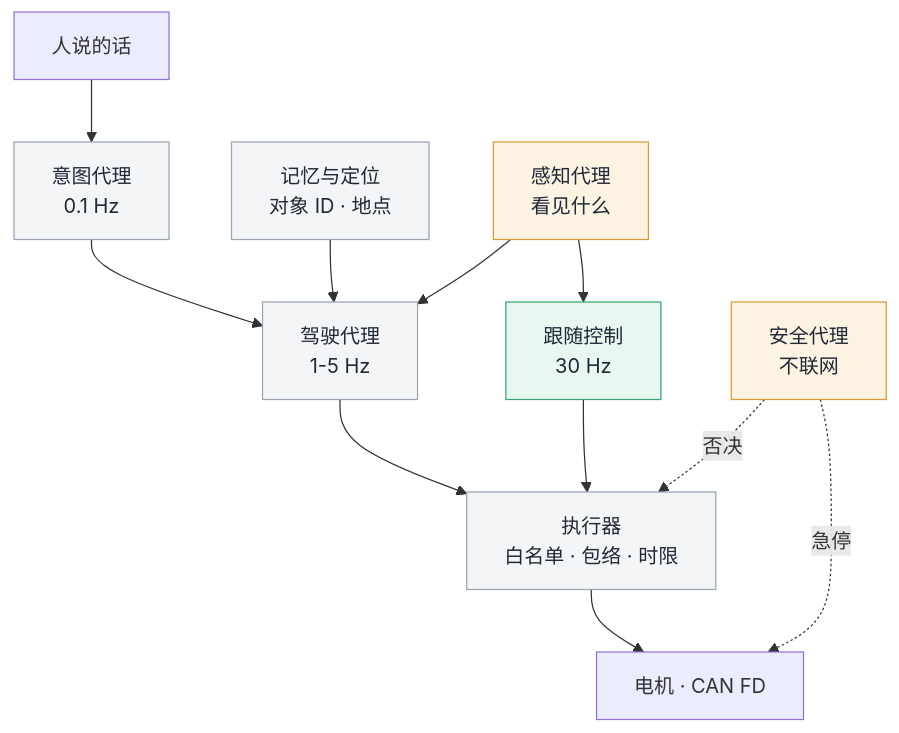
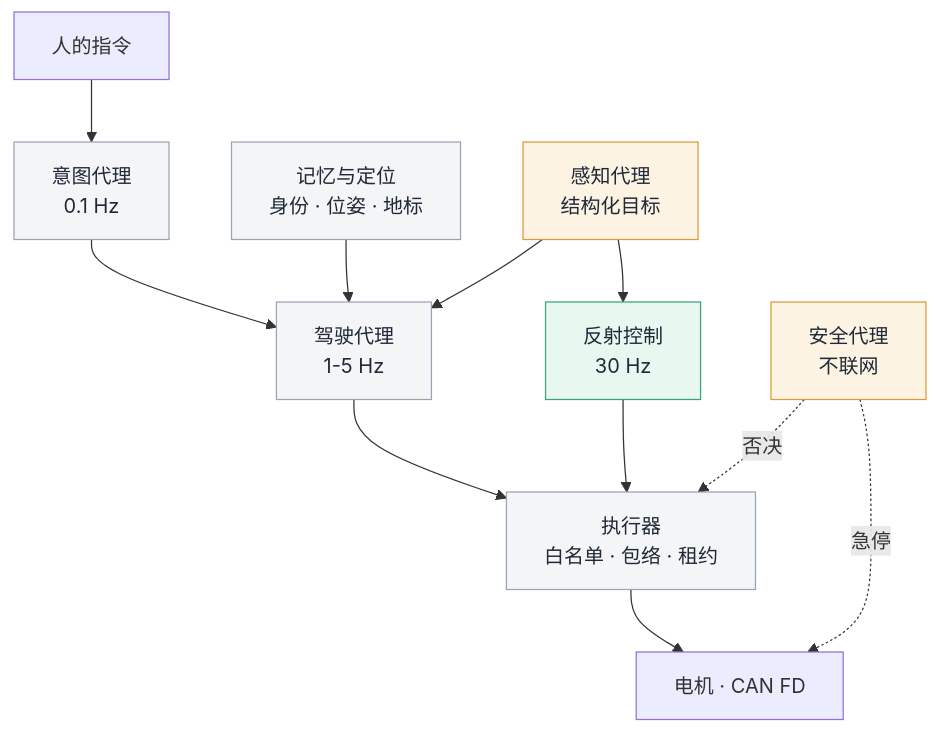
The second of 3 diagrams in README.md (qianruo-orange/autonomous-driving-car), drawn with Mermaid before and after one commit. The commit also changed other lines of this file, not shown here.

````diff
--- a/README.md
+++ b/README.md
@@ -138,20 +288,20 @@
 ```mermaid
 flowchart TB
-    H["人说的话"] --> IN["意图代理<br/>0.1 Hz"]
+    H["人的指令"] --> IN["意图代理<br/>0.1 Hz"]
     IN --> PL["驾驶代理<br/>1-5 Hz"]
-    MEM["记忆与定位<br/>对象 ID · 地点"] --> PL
-    PER["感知代理<br/>看见什么"] --> PL
-    PER --> REF["跟随控制<br/>30 Hz"]
-    PL --> EX["执行器<br/>白名单 · 包络 · 时限"]
+    MEM["记忆与定位<br/>身份 · 位姿 · 地标"] --> PL
+    PER["感知代理<br/>结构化目标"] --> PL
+    PER --> REF["反射控制<br/>30 Hz"]
+    PL --> EX["执行器<br/>白名单 · 包络 · 租约"]
     REF --> EX
     SAF["安全代理<br/>不联网"] -.->|否决| EX
     SAF -.->|急停| MOT["电机 · CAN FD"]
     EX --> MOT
 
     classDef done fill:#e8f7ef,stroke:#3aa675,color:#1f2937
     classDef half fill:#fdf3e3,stroke:#d99b3a,color:#1f2937
     classDef todo fill:#f4f5f7,stroke:#9aa4b2,color:#1f2937
     class REF done
     class PER,SAF half
     class IN,PL,MEM,EX todo
 ```
````
